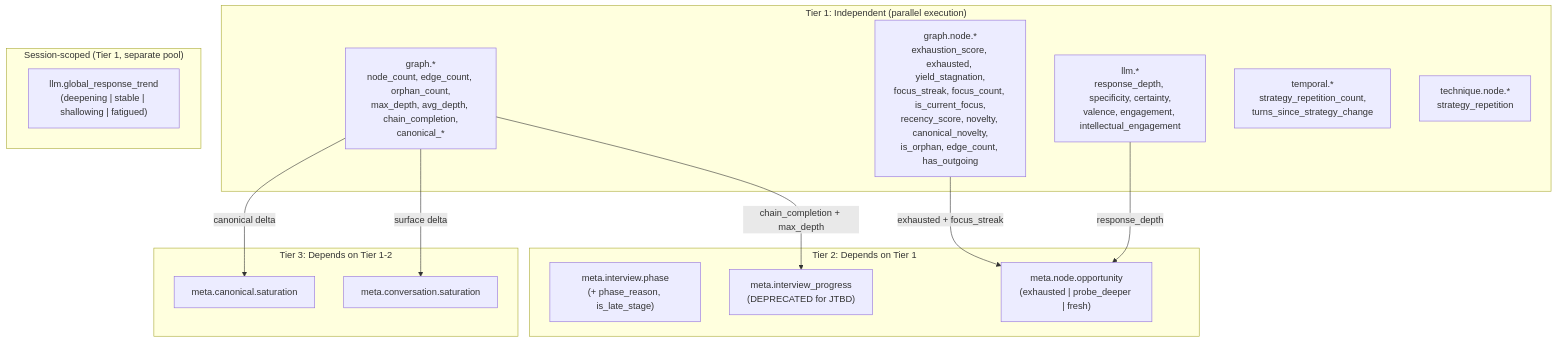
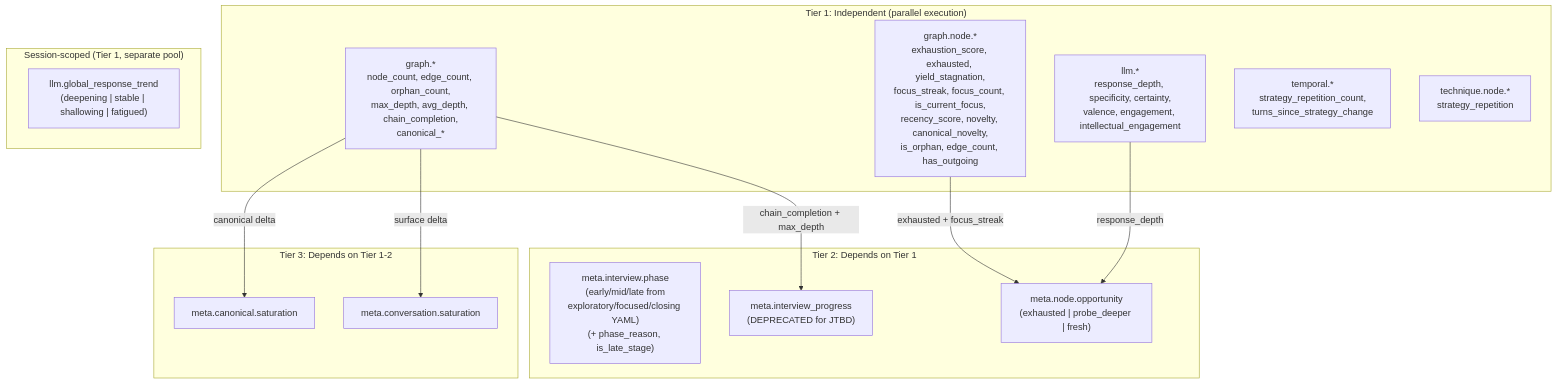
One commit to michaelarutyunov/interview-system-v2 changed the diagram in docs/signals_and_strategies.md. Above: the diagram before and after it, drawn with Mermaid. The commit also changed other lines of this file, not shown here.

````diff
--- a/docs/signals_and_strategies.md
+++ b/docs/signals_and_strategies.md
@@ -299,31 +290,31 @@
 ```mermaid
 graph TD
     subgraph "Tier 1: Independent (parallel execution)"
         G["graph.*<br/>node_count, edge_count, orphan_count,<br/>max_depth, avg_depth, chain_completion,<br/>canonical_*"]
         GN["graph.node.*<br/>exhaustion_score, exhausted, yield_stagnation,<br/>focus_streak, focus_count, is_current_focus,<br/>recency_score, novelty, canonical_novelty,<br/>is_orphan, edge_count, has_outgoing"]
         L["llm.*<br/>response_depth, specificity, certainty,<br/>valence, engagement, intellectual_engagement"]
         T["temporal.*<br/>strategy_repetition_count,<br/>turns_since_strategy_change"]
         TN["technique.node.*<br/>strategy_repetition"]
     end
 
     subgraph "Tier 2: Depends on Tier 1"
-        MP["meta.interview.phase<br/>(+ phase_reason, is_late_stage)"]
+        MP["meta.interview.phase<br/>(early/mid/late from<br/>exploratory/focused/closing YAML)<br/>(+ phase_reason, is_late_stage)"]
         MO["meta.node.opportunity<br/>(exhausted | probe_deeper | fresh)"]
         MI["meta.interview_progress<br/>(DEPRECATED for JTBD)"]
     end
 
     subgraph "Tier 3: Depends on Tier 1-2"
         CS["meta.conversation.saturation"]
         CAS["meta.canonical.saturation"]
     end
 
     GN -->|"exhausted + focus_streak"| MO
     L -->|"response_depth"| MO
     G -->|"chain_completion + max_depth"| MI
     G -->|"surface delta"| CS
     G -->|"canonical delta"| CAS
 
     subgraph "Session-scoped (Tier 1, separate pool)"
         LT["llm.global_response_trend<br/>(deepening | stable | shallowing | fatigued)"]
     end
 ```
````
